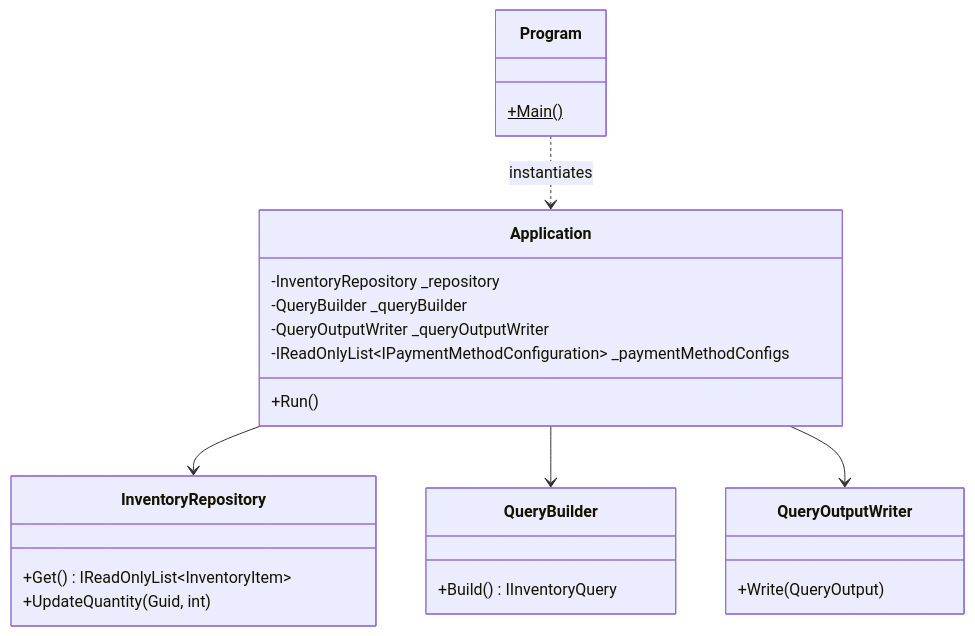
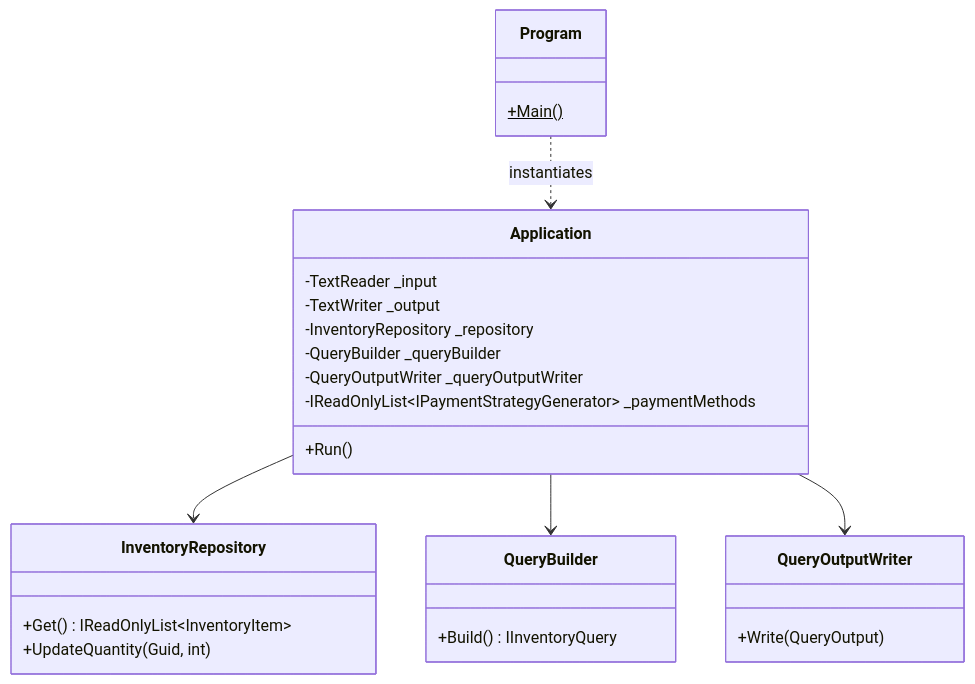
Before and after one commit to jeff-adkisson/swe-4743-spring-2026-oo-design: the first of 3 diagrams in assignments/assignment-2-solution/src-csharp/README.md, drawn with Mermaid. The commit also changed other lines of this file and 14 other files, not shown here.

````diff
--- a/assignments/assignment-2-solution/src-csharp/README.md
+++ b/assignments/assignment-2-solution/src-csharp/README.md
@@ -155,28 +143,30 @@
 ```mermaid
 classDiagram
     class Program {
         +Main()$
     }
     class Application {
+        -TextReader _input
+        -TextWriter _output
         -InventoryRepository _repository
         -QueryBuilder _queryBuilder
         -QueryOutputWriter _queryOutputWriter
-        -IReadOnlyList~IPaymentMethodConfiguration~ _paymentMethodConfigs
+        -IReadOnlyList~IPaymentStrategyGenerator~ _paymentMethods
         +Run()
     }
     class InventoryRepository {
         +Get() IReadOnlyList~InventoryItem~
         +UpdateQuantity(Guid, int)
     }
     class QueryBuilder {
         +Build() IInventoryQuery
     }
     class QueryOutputWriter {
         +Write(QueryOutput)
     }
 
     Program ..> Application : instantiates
     Application --> InventoryRepository
     Application --> QueryBuilder
     Application --> QueryOutputWriter
 ```
````
